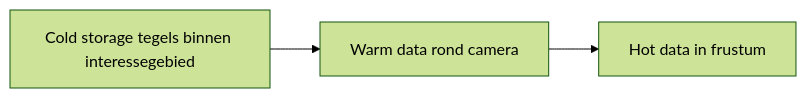
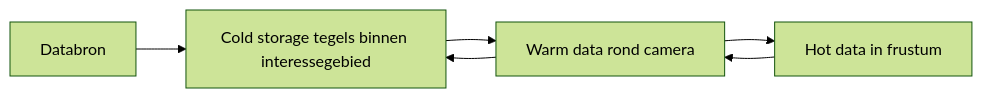
One commit to Netherlands3D/Netherlands3D.github.io changed the diagram in docs/docs/developers/tilekit/data-opslag.md. Above: the diagram before and after it, drawn with Mermaid (forest theme). The commit also changed other lines of this file, not shown here.

Commit message:
Add information about Cold, Warm and Hot Storage

````diff
--- a/docs/docs/developers/tilekit/data-opslag.md
+++ b/docs/docs/developers/tilekit/data-opslag.md
@@ -9,7 +9,8 @@
 ```mermaid
 flowchart LR
+    DataSource[Databron]
     Cold[Cold storage tegels binnen interessegebied]
     Warm[Warm data rond camera]
     Hot[Hot data in frustum]
-    Cold --> Warm --> Hot
+    DataSource --> Cold --> Warm --> Hot --> Warm --> Cold
 ```
````
